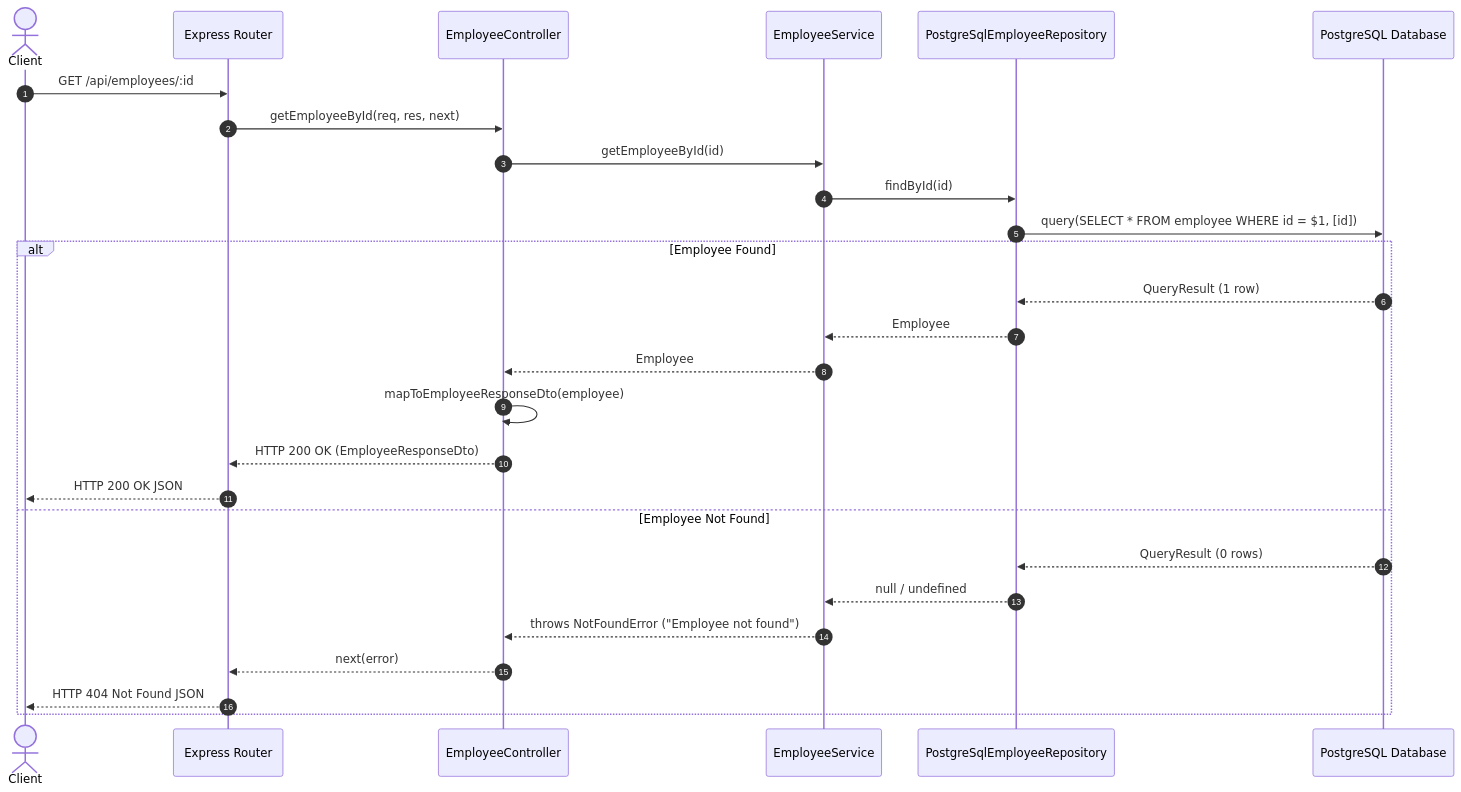
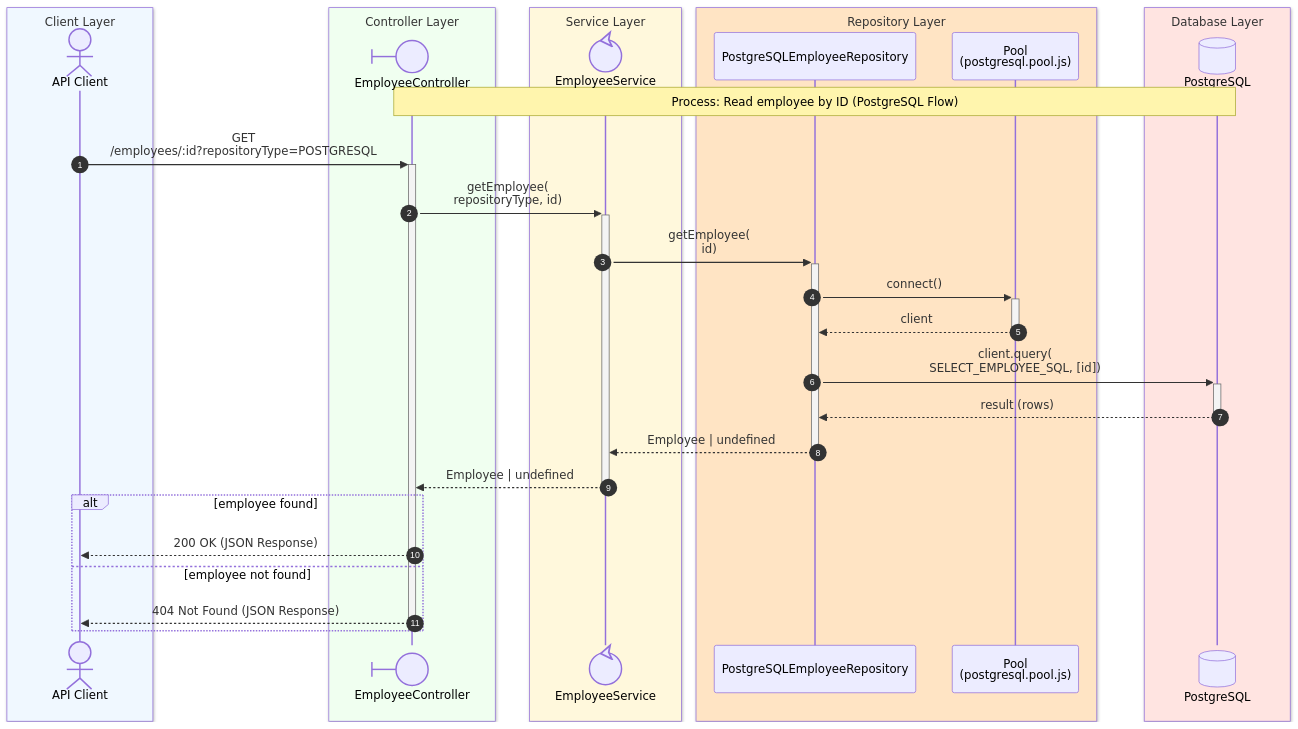
Before and after one commit to k1729p/Study28: the diagram in docs/mermaid/sequenceDiagramReadEmployee.md, drawn with Mermaid. The commit also changed other lines of this file and 4 other files, not shown here.

````diff
--- a/docs/mermaid/sequenceDiagramReadEmployee.md
+++ b/docs/mermaid/sequenceDiagramReadEmployee.md
@@ -3,32 +3,41 @@
 ```mermaid
 sequenceDiagram
-    autonumber
-    actor Client
-    participant Express as Express Router
-    participant Controller as EmployeeController
-    participant Service as EmployeeService
-    participant Repo as PostgreSqlEmployeeRepository
-    participant DB as PostgreSQL Database
+box aliceblue Client Layer
+  participant API_CLI@{ "type": "actor" } as API Client
+end
+box honeydew Controller Layer
+  participant CTRL@{ "type": "boundary" } as EmployeeController
+end
+box cornsilk Service Layer
+  participant SERV@{ "type": "control" } as EmployeeService
+end
+box bisque Repository Layer
+  participant REPO as PostgreSQLEmployeeRepository
+  participant POOL as Pool<br>(postgresql.pool.js)
+end
+box mistyrose Database Layer
+  participant PSQL@{ "type" : "database" } as PostgreSQL
+end
 
-    Client->>Express: GET /api/employees/:id
-    Express->>Controller: getEmployeeById(req, res, next)
-    
-    Controller->>Service: getEmployeeById(id)
-    Service->>Repo: findById(id)
-    Repo->>DB: query(SELECT * FROM employee WHERE id = $1, [id])
-    
-    alt Employee Found
-        DB-->>Repo: QueryResult (1 row)
-        Repo-->>Service: Employee
-        Service-->>Controller: Employee
-        Controller->>Controller: mapToEmployeeResponseDto(employee)
-        Controller-->>Express: HTTP 200 OK (EmployeeResponseDto)
-        Express-->>Client: HTTP 200 OK JSON
-    else Employee Not Found
-        DB-->>Repo: QueryResult (0 rows)
-        Repo-->>Service: null / undefined
-        Service-->>Controller: throws NotFoundError ("Employee not found")
-        Controller-->>Express: next(error)
-        Express-->>Client: HTTP 404 Not Found JSON
-    end
+autonumber 1
+Note over CTRL, PSQL: Process: Read employee by ID (PostgreSQL Flow)
+
+API_CLI ->>+ CTRL: GET<br>/employees/:id?repositoryType=POSTGRESQL
+
+CTRL ->>+ SERV: getEmployee(<br>repositoryType, id)
+SERV ->>+ REPO: getEmployee(<br>id)
+REPO ->>+ POOL: connect()
+POOL -->>- REPO: client
+REPO ->>+ PSQL: client.query(<br>SELECT_EMPLOYEE_SQL, [id])
+
+PSQL -->>- REPO: result (rows)
+REPO -->>- SERV: Employee | undefined
+SERV -->>- CTRL: Employee | undefined
+
+alt employee found
+    CTRL -->> API_CLI: 200 OK (JSON Response)
+else employee not found
+    CTRL -->> API_CLI: 404 Not Found (JSON Response)
+end
+deactivate CTRL
 ```
````
